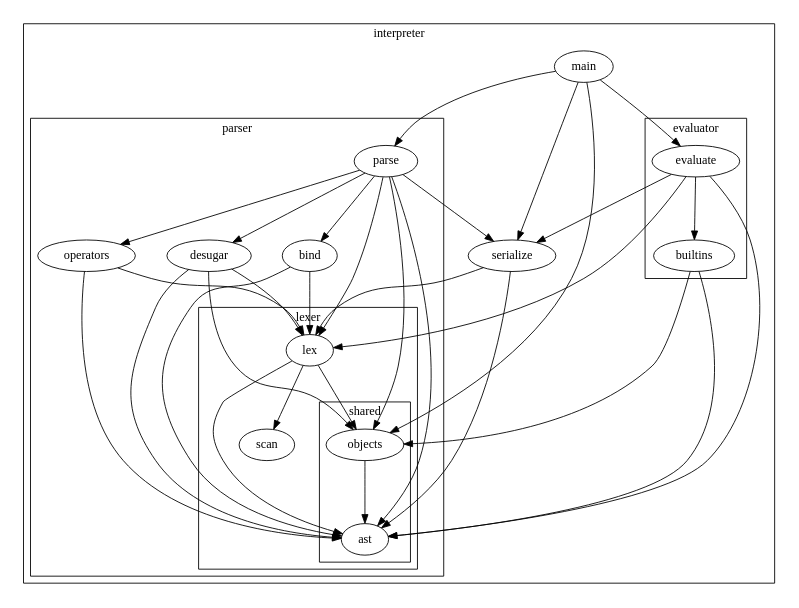
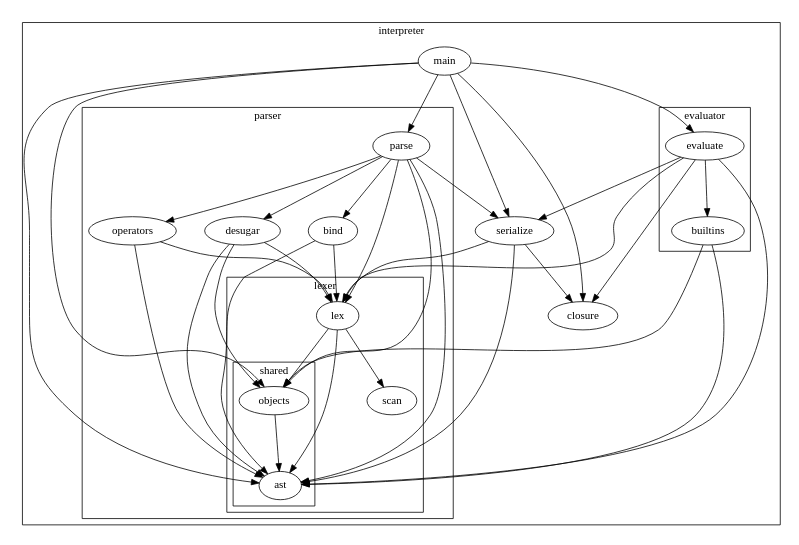
One commit to clark800/lambda-zero changed the diagram in doc/architecture.dot. Above: the diagram before and after it, drawn with Graphviz. The commit also changed 20 other files, not shown here.

```diff
--- a/doc/architecture.dot
+++ b/doc/architecture.dot
@@ -1,75 +1,80 @@
 // to build this diagram, install graphviz and run the following command:
 // dot -o architecture.pdf -T pdf architecture.dot
 digraph graphname {
     size=6;
     ranksep=1;
     nodesep=0.5;
 
     subgraph cluster_interpreter {
         label="interpreter";
         main;
         subgraph cluster_parser {
             label="parser";
             desugar;
             bind;
             operators;
             parse;
             subgraph cluster_lexer {
                 label="lexer";
                 scan;
                 lex;
                 subgraph cluster_shared {
                     label="shared";
                     objects;
                     ast;
                 }
             }
         }
         serialize;
+        closure;
         subgraph cluster_evaluator {
             label="evaluator";
             evaluate;
             builtins;
         }
     }
 
     bind -> ast;
     bind -> lex;
 
     builtins -> ast;
     builtins -> objects;
 
     desugar -> ast;
     desugar -> lex;
     desugar -> objects;
 
     evaluate -> ast;
     evaluate -> lex;
     evaluate -> serialize;
     evaluate -> builtins;
+    evaluate -> closure;
 
     lex -> scan;
     lex -> ast;
     lex -> objects;
 
+    main -> ast;
     main -> parse;
     main -> evaluate;
     main -> serialize;
     main -> objects;
+    main -> closure;
 
     objects -> ast;
 
     operators -> ast;
     operators -> lex;
 
     parse -> ast;
     parse -> lex;
     parse -> operators;
     parse -> objects;
     parse -> desugar;
     parse -> bind;
     parse -> serialize;
 
     serialize -> ast;
     serialize -> lex;
+    serialize -> closure;
 }
```
